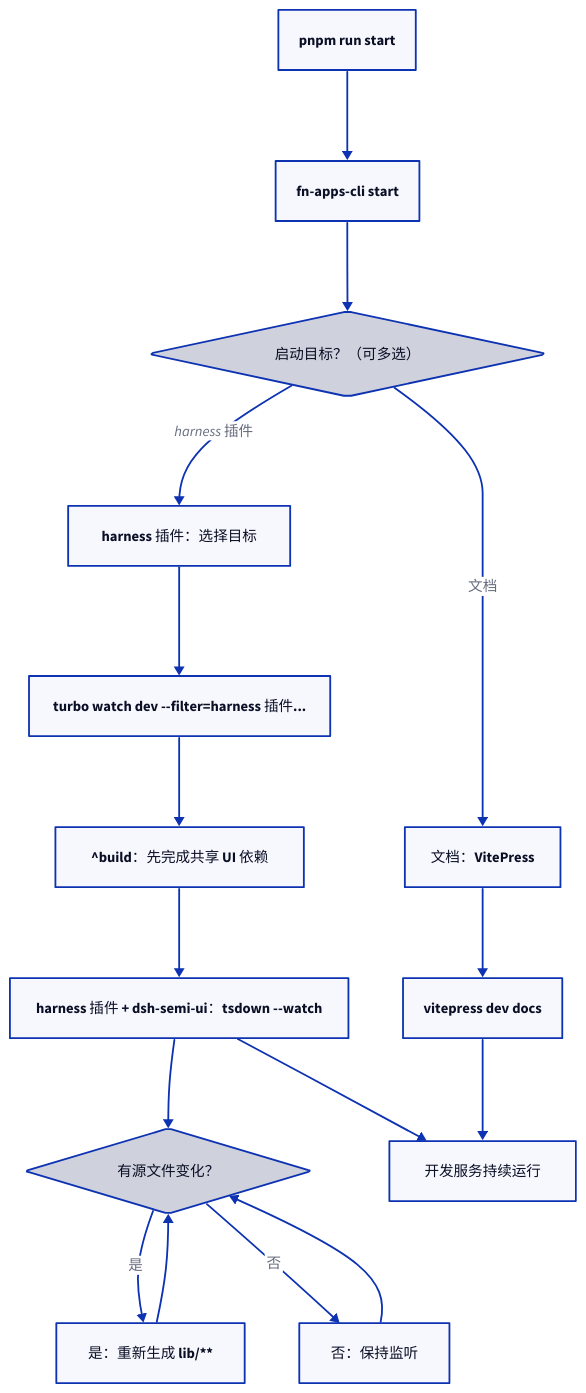
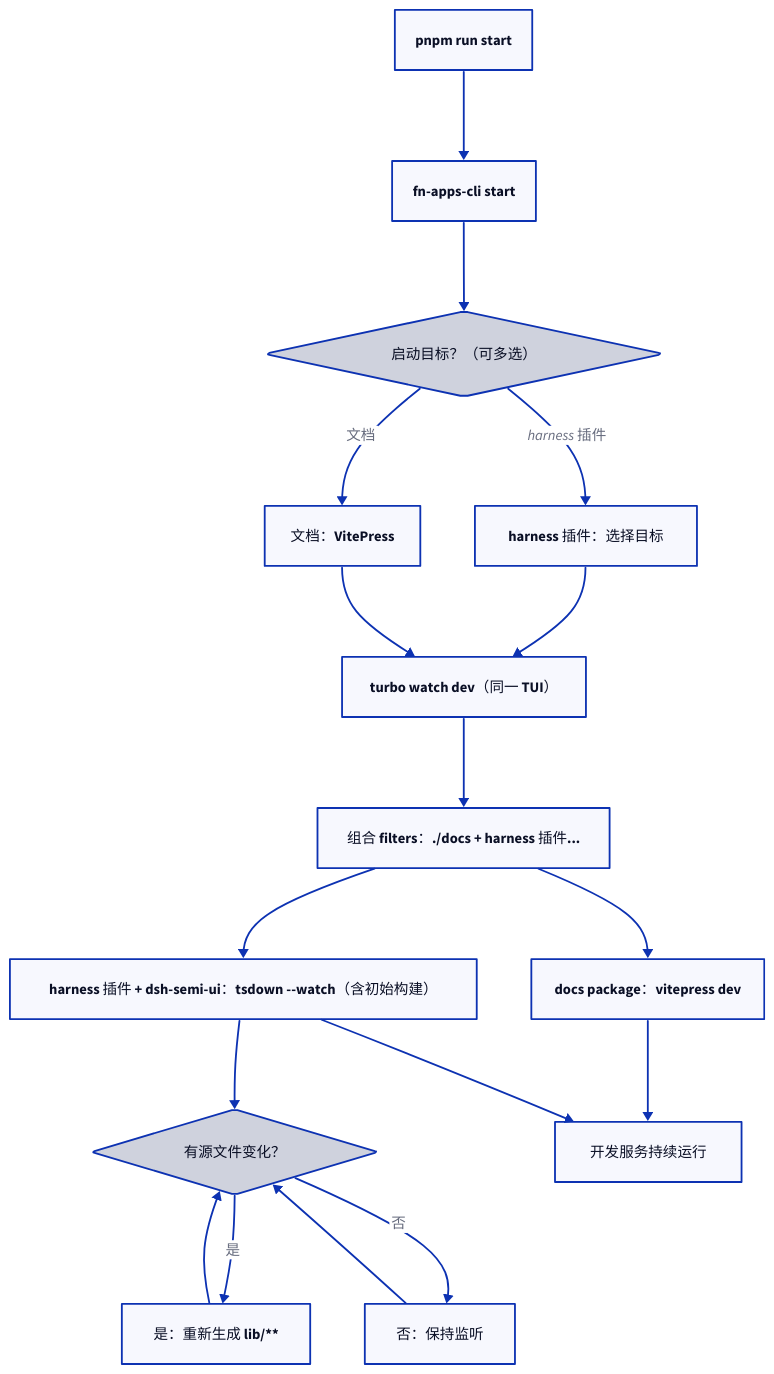
One commit to tnnevol/fn-os-apps changed the third of 13 diagrams in docs/development/package-tasks-and-turbo.md. Above: the diagram before and after it, drawn with D2. The commit also changed other lines of this file and 5 other files, not shown here.

First line of the commit message:
feat(tooling): unify docs and plugin dev in Turbo TUI

````diff
--- a/docs/development/package-tasks-and-turbo.md
+++ b/docs/development/package-tasks-and-turbo.md
@@ -130,35 +132,37 @@
 ```d2
 direction: down
 
 command: "pnpm run start"
 cli: "fn-apps-cli start"
 select: {
   label: "启动目标？（可多选）"
   shape: diamond
 }
 plugins: "harness 插件：选择目标"
 docs: "文档：VitePress"
-pluginTurbo: "turbo watch dev --filter=harness 插件..."
-pluginDeps: "^build：先完成共享 UI 依赖"
-pluginWatch: "harness 插件 + dsh-semi-ui：tsdown --watch"
+turbo: "turbo watch dev（同一 TUI）"
+filters: "组合 filters：./docs + harness 插件..."
+pluginWatch: "harness 插件 + dsh-semi-ui：tsdown --watch（含初始构建）"
+docsWatch: "docs package：vitepress dev"
 changeStatus: {
   label: "有源文件变化？"
   shape: diamond
 }
 rebuild: "是：重新生成 lib/**"
 keep: "否：保持监听"
-docsRun: "vitepress dev docs"
 services: "开发服务持续运行"
 
 command -> cli -> select
 select -> plugins: harness 插件
 select -> docs: 文档
-plugins -> pluginTurbo -> pluginDeps -> pluginWatch -> changeStatus
+plugins -> turbo
+docs -> turbo
+turbo -> filters
+filters -> pluginWatch -> changeStatus
+filters -> docsWatch -> services
 changeStatus -> rebuild: 是
 changeStatus -> keep: 否
 rebuild -> changeStatus
 keep -> changeStatus
 pluginWatch -> services
-
-docs -> docsRun -> services
 ```
````
